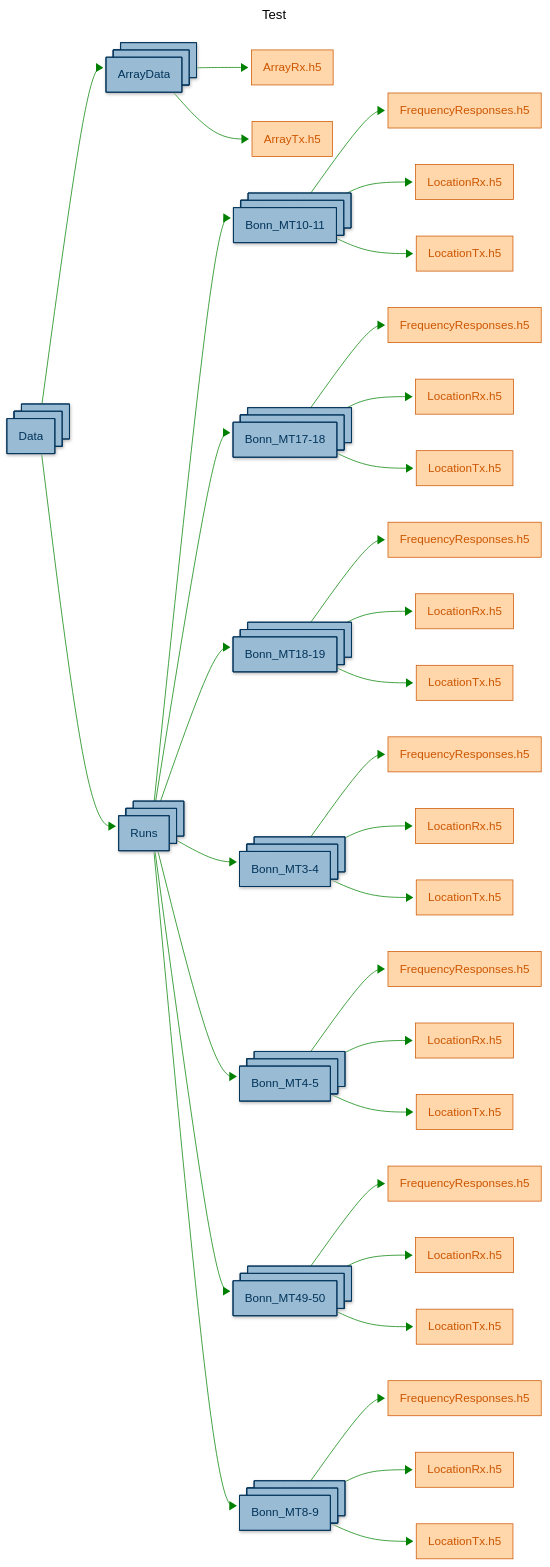
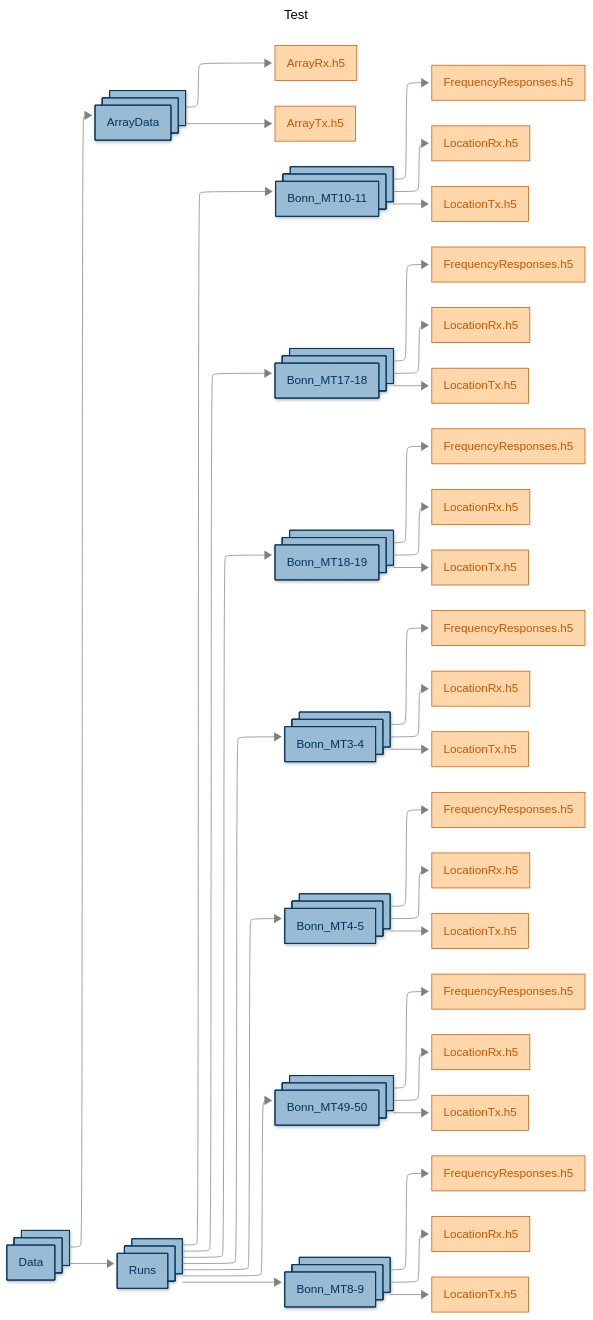
One commit to EMS-TU-Ilmenau/EMS-TU-Ilmenau.github.io changed the diagram in content/dataset/fyoris/index.md. Above: the diagram before and after it, drawn with Mermaid.

Commit message:
front matter, layout elk

```diff
--- a/content/dataset/fyoris/index.md
+++ b/content/dataset/fyoris/index.md
@@ -40,12 +40,12 @@
 ---
 title: Test
 displayMode: compact
-layout: elk
 config:
   theme: neutral
   look: neo
   themeVariables:
-    lineColor: green
+    lineColor: gray
+  layout: elk
 ---
 
 flowchart LR
```
